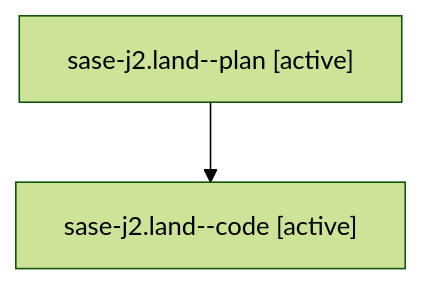
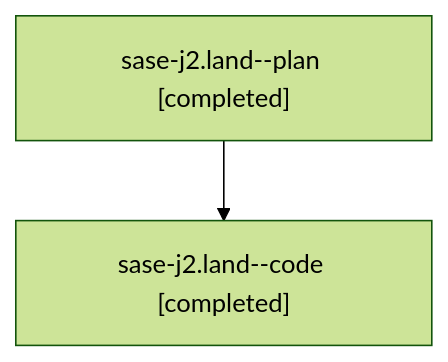
One commit to sase-org/sase--agents changed the diagram in families/bbugyi200.athena.sase-j2.land.md. Above: the diagram before and after it, drawn with Mermaid (forest theme). The commit also changed other lines of this file and 2170 other files, not shown here.

````diff
--- a/families/bbugyi200.athena.sase-j2.land.md
+++ b/families/bbugyi200.athena.sase-j2.land.md
@@ -9,6 +9,6 @@
 ```mermaid
 flowchart TD
-  n0["sase-j2.land--plan [active]"]
-  n1["sase-j2.land--code [active]"]
+  n0["sase-j2.land--plan [completed]"]
+  n1["sase-j2.land--code [completed]"]
   n0 --> n1
 ```
````
